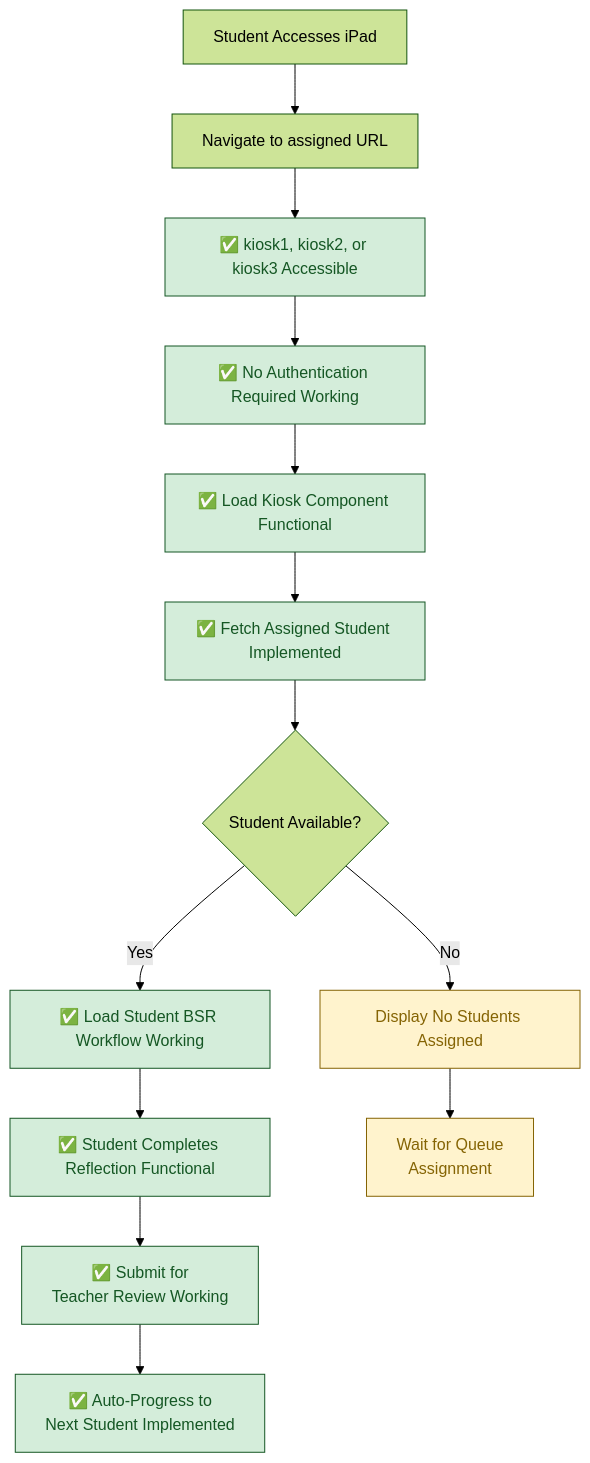
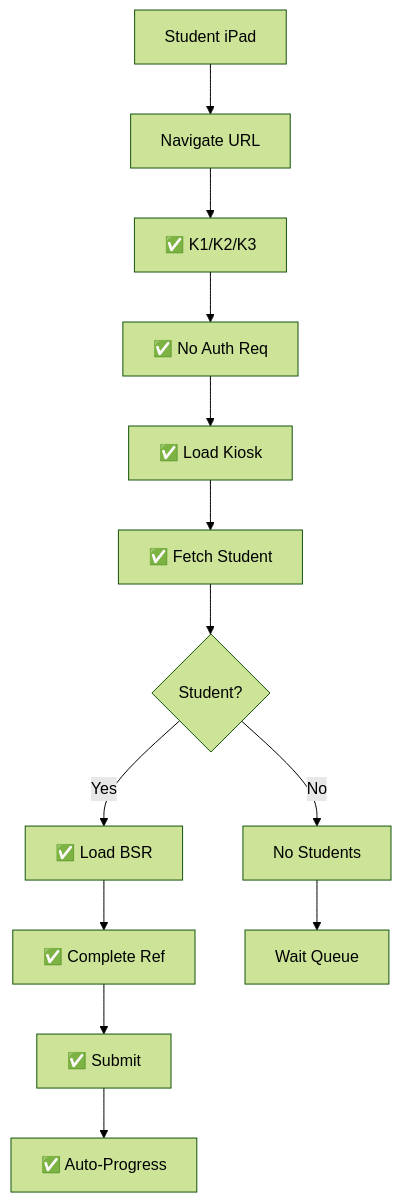
Before and after one commit to Splurfa/bx-os: the second of 5 diagrams in docs/flowcharts/Current-State/02-current-kiosk-system-complete.md, drawn with Mermaid (forest theme). The commit also changed other lines of this file and 6 other files, not shown here.

Commit message:
Fix Mermaid text cutoff with basic syntax

````diff
--- a/docs/flowcharts/Current-State/02-current-kiosk-system-complete.md
+++ b/docs/flowcharts/Current-State/02-current-kiosk-system-complete.md
@@ -37,25 +39,19 @@
 ```mermaid
 flowchart TD
-    A["`Student Accesses iPad`"] --> B["`Navigate to assigned URL`"]
-    B --> C["`✅ kiosk1, kiosk2, or kiosk3 Accessible`"]
-    C --> D["`✅ No Authentication Required Working`"]
+    A[Student iPad] --> B[Navigate URL]
+    B --> C[✅ K1/K2/K3]
+    C --> D[✅ No Auth Req]
     
-    D --> E["`✅ Load Kiosk Component Functional`"]
-    E --> F["`✅ Fetch Assigned Student Implemented`"]
-    F --> G{"`Student Available?`"}
+    D --> E[✅ Load Kiosk]
+    E --> F[✅ Fetch Student]
+    F --> G{Student?}
     
-    G -->|Yes| H["`✅ Load Student BSR Workflow Working`"]
-    G -->|No| I["`Display No Students Assigned`"]
+    G -->|Yes| H[✅ Load BSR]
+    G -->|No| I[No Students]
     
-    H --> J["`✅ Student Completes Reflection Functional`"]
-    J --> K[✅ Submit for<br/>Teacher Review Working]
-    K --> L[✅ Auto-Progress to<br/>Next Student Implemented]
+    H --> J[✅ Complete Ref]
+    J --> K[✅ Submit]
+    K --> L[✅ Auto-Progress]
     
-    I --> M[Wait for Queue<br/>Assignment]
-    
-    classDef working fill:#d4edda,stroke:#155724,color:#155724
-    classDef ready fill:#fff3cd,stroke:#856404,color:#856404
-    
-    class C,D,E,F,H,J,K,L working
-    class I,M ready
+    I --> M[Wait Queue]
 ```
````
